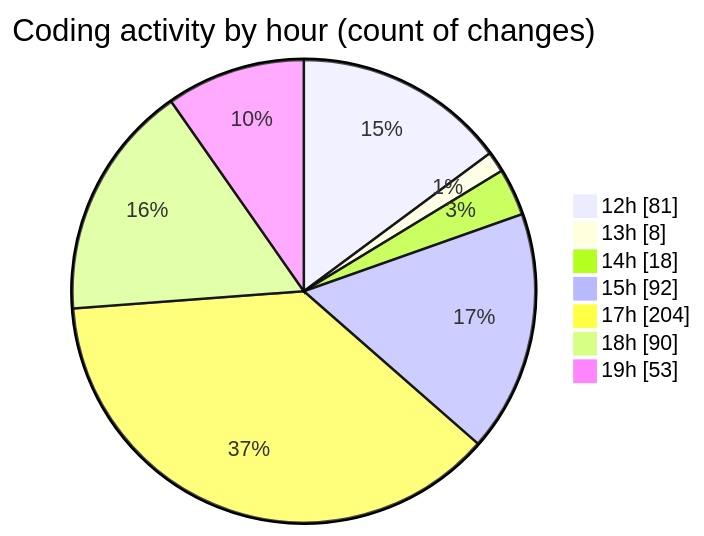
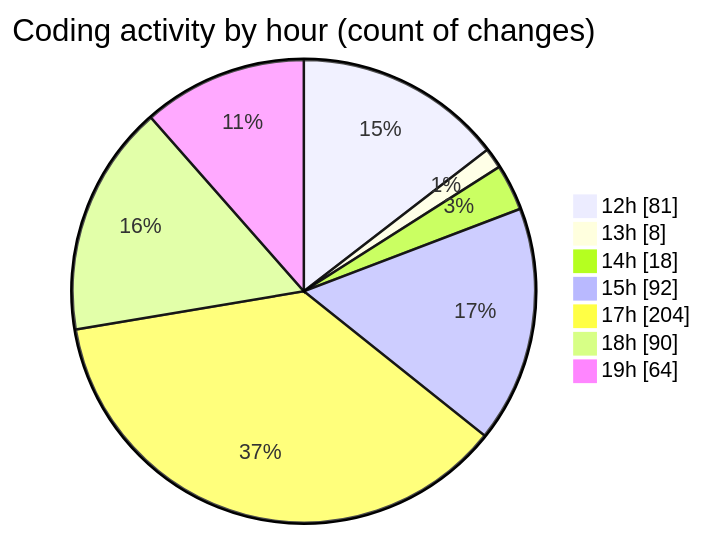
Before and after one commit to Ritupan-Deka/code-tracking: the second of 2 diagrams in 2025-12-28/rust/README.md, drawn with Mermaid. The commit also changed other lines of this file and 1 other file, not shown here.

````diff
--- a/2025-12-28/rust/README.md
+++ b/2025-12-28/rust/README.md
@@ -32,11 +32,11 @@
 ```mermaid
 pie showData
 title Coding activity by hour (count of changes)
 "12h" : 81
 "13h" : 8
 "14h" : 18
 "15h" : 92
 "17h" : 204
 "18h" : 90
-"19h" : 53
+"19h" : 64
 ```
````
